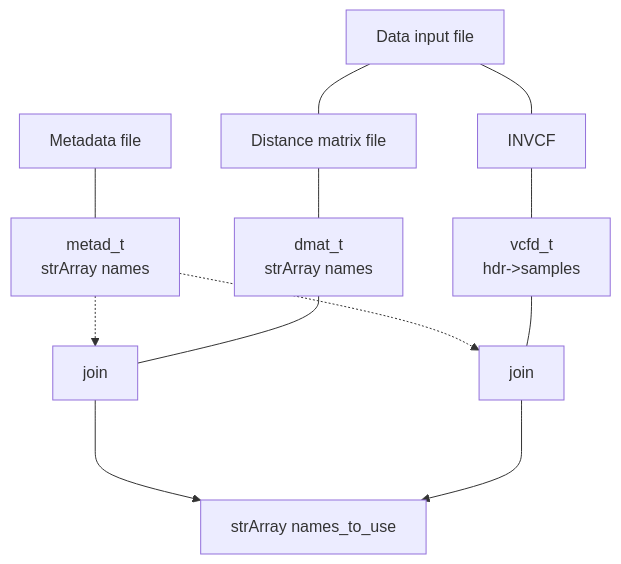
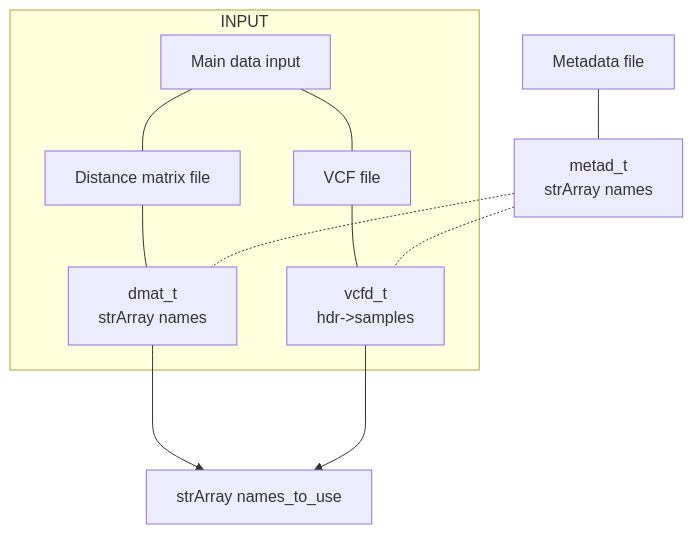
Before and after one commit to isinaltinkaya/ngsAMOVA: the first of 2 diagrams in doc/internal.MD, drawn with Mermaid. The commit also changed other lines of this file and 41 other files, not shown here.

````diff
--- a/doc/internal.MD
+++ b/doc/internal.MD
@@ -11,23 +11,28 @@
 ```mermaid
 graph TD;
+
+    DATAIN[Main data input]
+
+    subgraph INPUT
+    INDM[Distance matrix file]
+    INVCF[VCF file]
+    DATAIN --- INDM --- DISTNAMES
+    DATAIN --- INVCF --- VCFNAMES
+    end
+
     MTD --- MTDNAMES
     MTD[Metadata file]
-    DATAIN[Data input file]
     MTDNAMES[metad_t \n strArray names];
-    INDM[Distance matrix file]
     DISTNAMES[dmat_t \n strArray names];
     NAMES_TO_USE[strArray names_to_use];
     VCFNAMES[vcfd_t \n hdr->samples];
 
-    JOIN1[join]
-    JOIN2[join]
-    MTDNAMES -.-> JOIN1
-    MTDNAMES -.-> JOIN2
 
-    DATAIN --- INDM --- DISTNAMES
-    DATAIN --- INVCF --- VCFNAMES
-    DISTNAMES --- JOIN1 ---> NAMES_TO_USE
-    VCFNAMES --- JOIN2 --->  NAMES_TO_USE
+    MTDNAMES -.- DISTNAMES
+    MTDNAMES -.- VCFNAMES
+
+    DISTNAMES ---> NAMES_TO_USE
+    VCFNAMES --->  NAMES_TO_USE
 
 
 ```
````
